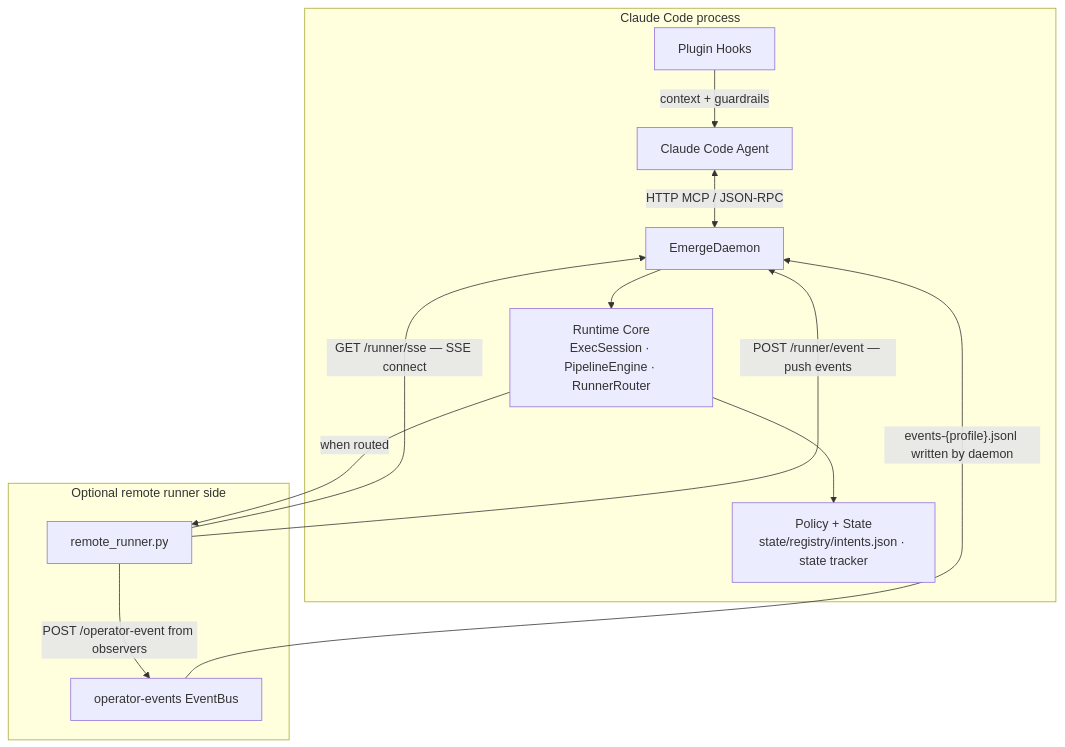
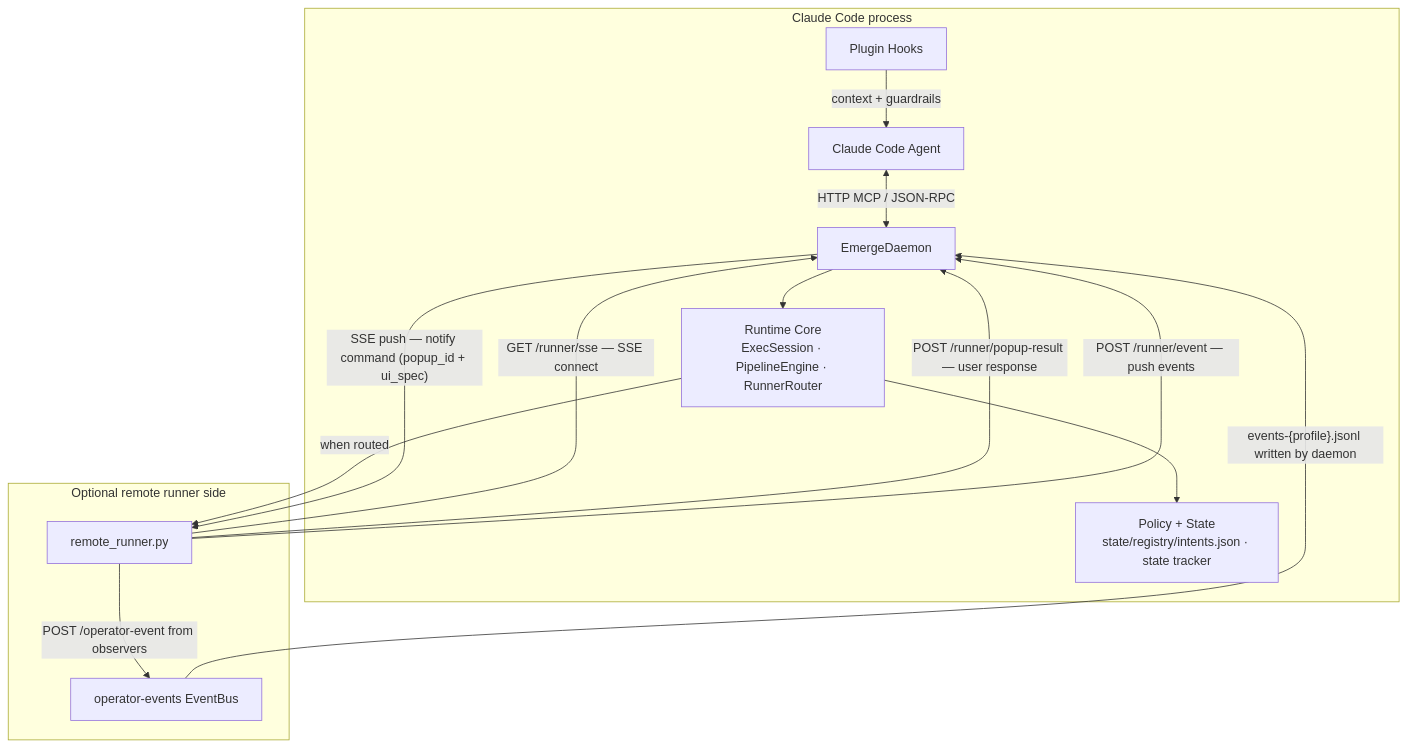
One commit to jianzhichun/emerge changed the first of 4 diagrams in README.md. Above: the diagram before and after it, drawn with Mermaid. The commit also changed other lines of this file and 11 other files, not shown here.

````diff
--- a/README.md
+++ b/README.md
@@ -22,25 +22,27 @@
 ```mermaid
 flowchart TB
   subgraph ccProcess [Claude Code process]
     CC[Claude Code Agent]
     HK[Plugin Hooks]
     DAEMON[EmergeDaemon]
     CORE[Runtime Core<br/>ExecSession · PipelineEngine · RunnerRouter]
     POLICY[Policy + State<br/>state/registry/intents.json · state tracker]
   end
 
   subgraph remoteSide [Optional remote runner side]
     RUNNER[remote_runner.py]
     EVENTBUS[operator-events EventBus]
   end
 
   CC <-->|HTTP MCP / JSON-RPC| DAEMON
   HK -->|context + guardrails| CC
   DAEMON --> CORE
   CORE --> POLICY
   CORE -->|when routed| RUNNER
   RUNNER -->|GET /runner/sse — SSE connect| DAEMON
+  DAEMON -->|"SSE push — notify command (popup_id + ui_spec)"| RUNNER
+  RUNNER -->|POST /runner/popup-result — user response| DAEMON
   RUNNER -->|POST /runner/event — push events| DAEMON
   RUNNER -->|POST /operator-event from observers| EVENTBUS
   EVENTBUS -->|"events-{profile}.jsonl written by daemon"| DAEMON
 ```
````
